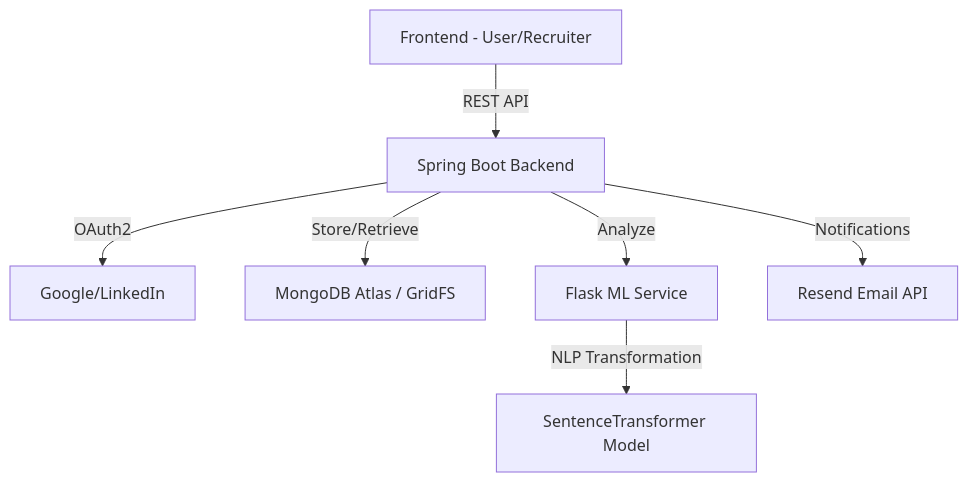
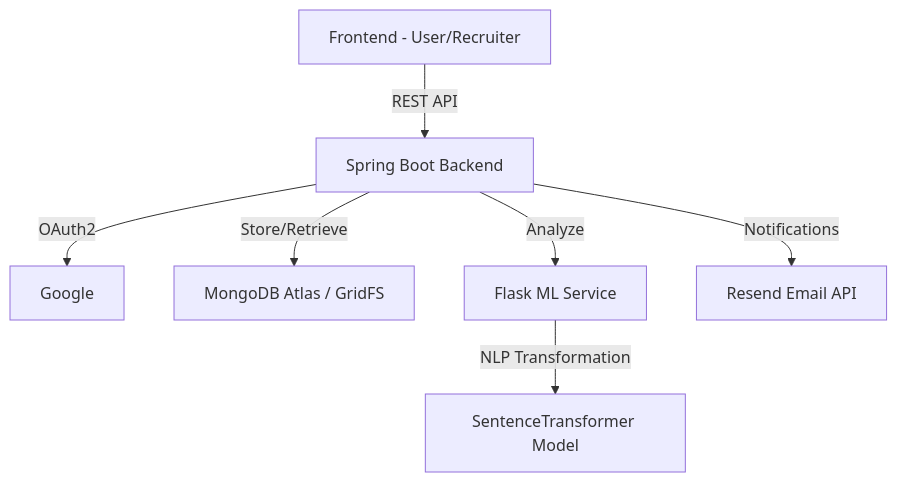
The diagram in README.md (swarnim921/Smart-Resume), drawn with Mermaid before and after one commit. The commit also changed other lines of this file and 5 other files, not shown here.

Commit message:
chore(auth): completely remove LinkedIn OAuth2 login to simplify authentication

````diff
--- a/README.md
+++ b/README.md
@@ -131,9 +131,9 @@
 ```mermaid
 graph TD
     A[Frontend - User/Recruiter] -->|REST API| B[Spring Boot Backend]
-    B -->|OAuth2| C[Google/LinkedIn]
+    B -->|OAuth2| C[Google]
     B -->|Store/Retrieve| D[MongoDB Atlas / GridFS]
     B -->|Analyze| E[Flask ML Service]
     E -->|NLP Transformation| F[SentenceTransformer Model]
     B -->|Notifications| G[Resend Email API]
 ```
````
